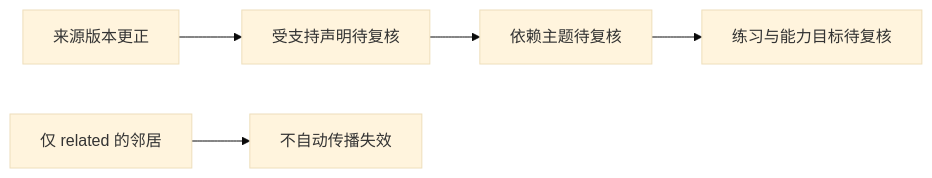
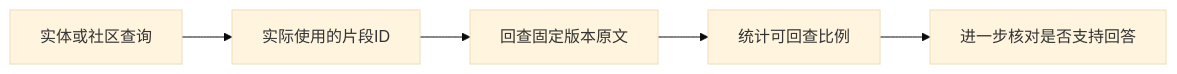
One commit to yanbozhang/llm-systems-wiki changed the third of 3 diagrams in wiki/topics/GraphRAG与LLMWiki.md. Above: the diagram before and after it, drawn with Mermaid (base theme). The commit also changed other lines of this file and 121 other files, not shown here.

````diff
--- a/wiki/topics/GraphRAG与LLMWiki.md
+++ b/wiki/topics/GraphRAG与LLMWiki.md
@@ -171,7 +151,7 @@
 ```mermaid
 flowchart LR
- A["来源版本更正"] --> B["受支持声明待复核"]
- B --> C["依赖主题待复核"]
- C --> D["练习与能力目标待复核"]
- E["仅 related 的邻居"] --> F["不自动传播失效"]
+  Query["实体或社区查询"] --> Selected["实际使用的片段ID"]
+  Selected --> Resolve["回查固定版本原文"]
+  Resolve --> Coverage["统计可回查比例"]
+  Coverage --> Review["进一步核对是否支持回答"]
 ```
````
